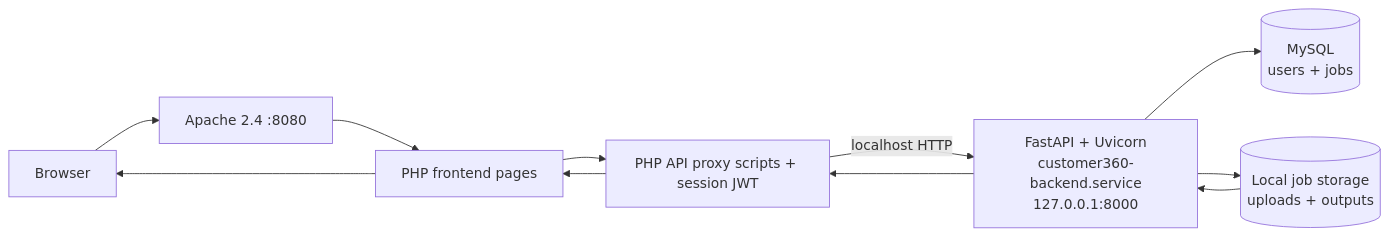
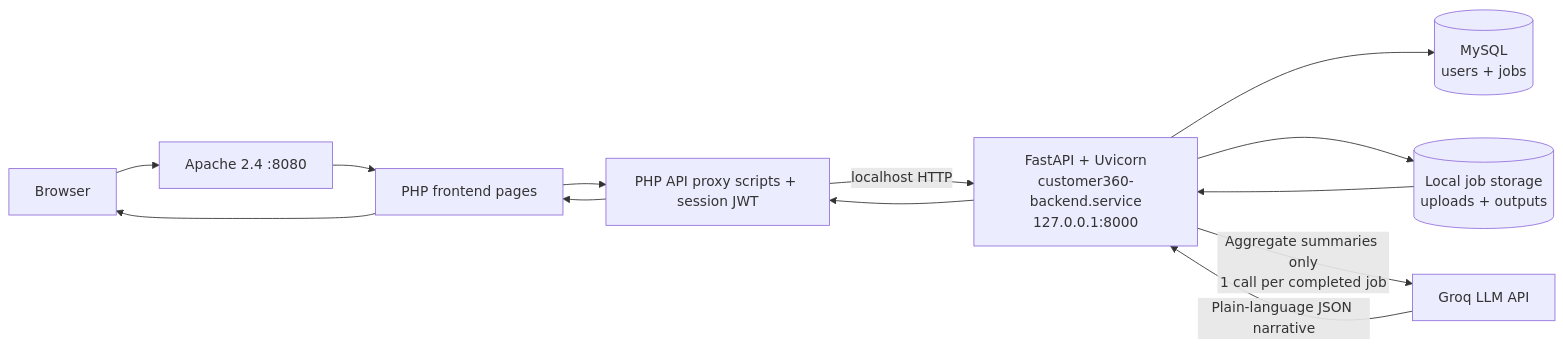
The eighth of 11 diagrams in customer360/docs/CAPSTONE_CURRENT_SYSTEM_ALIGNMENT_BY_CHAPTER.md (KikiOduro/Customer360), drawn with Mermaid before and after one commit. The commit also changed other lines of this file and 4 other files, not shown here.

````diff
--- a/customer360/docs/CAPSTONE_CURRENT_SYSTEM_ALIGNMENT_BY_CHAPTER.md
+++ b/customer360/docs/CAPSTONE_CURRENT_SYSTEM_ALIGNMENT_BY_CHAPTER.md
@@ -872,11 +879,13 @@
 ```mermaid
 flowchart LR
     U[Browser] --> A[Apache 2.4 :8080]
     A --> P[PHP frontend pages]
     P --> X[PHP API proxy scripts + session JWT]
     X -->|localhost HTTP| F[FastAPI + Uvicorn<br/>customer360-backend.service<br/>127.0.0.1:8000]
     F --> D[(MySQL<br/>users + jobs)]
     F --> S[(Local job storage<br/>uploads + outputs)]
+    F -->|Aggregate summaries only<br/>1 call per completed job| G[Groq LLM API]
+    G -->|Plain-language JSON narrative| F
     S --> F
     F --> X --> P --> U
 ```
````
